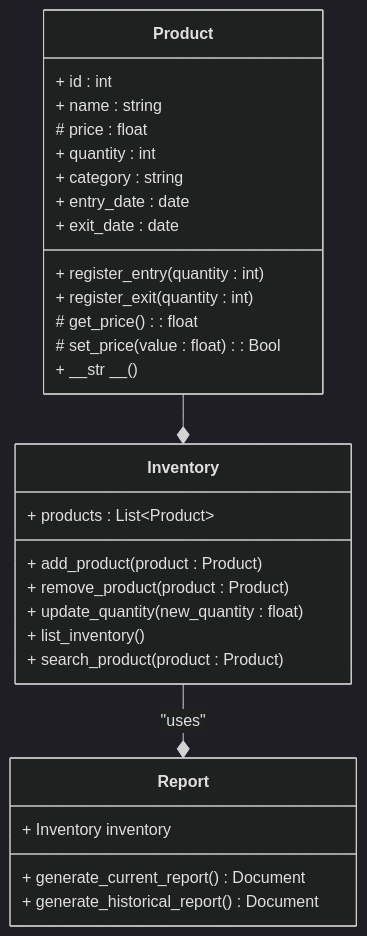
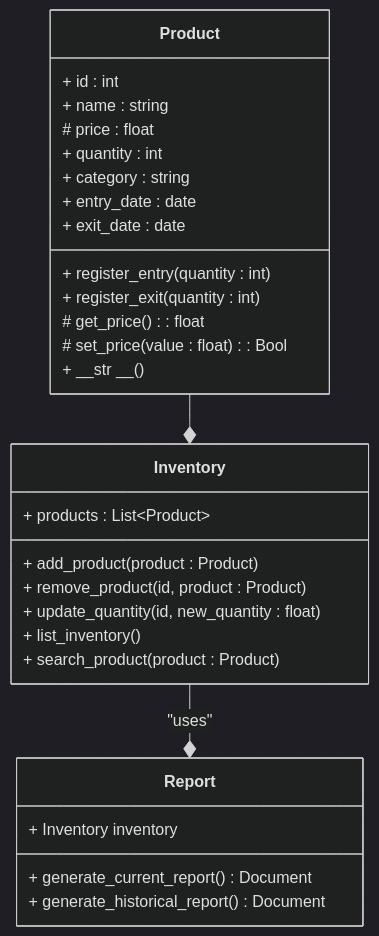
One commit to nisaespa/project_progress changed the diagram in README.md. Above: the diagram before and after it, drawn with Mermaid (dark theme).

````diff
--- a/README.md
+++ b/README.md
@@ -6,35 +6,35 @@
 ``` mermaid
 classDiagram
     class Product {
         + id : int
         + name : string
         # price : float
         + quantity : int
         + category : string
         + entry_date : date
         + exit_date : date
         + register_entry(quantity : int)
         + register_exit(quantity : int)
         # get_price() : float
         # set_price(value : float) : Bool
         + __str __()
     }
 
     class Inventory {
         + products : List~Product~ 
         + add_product(product : Product)
-        + remove_product(product : Product)
-        + update_quantity(new_quantity : float)
+        + remove_product(id, product : Product)
+        + update_quantity(id, new_quantity : float)
         + list_inventory()
         + search_product(product : Product)
     }
 
     class Report {
         + Inventory inventory
         + generate_current_report() Document
         + generate_historical_report() Document
     }
 
     Product --* Inventory
     Inventory --* Report : "uses"
 ```
````
